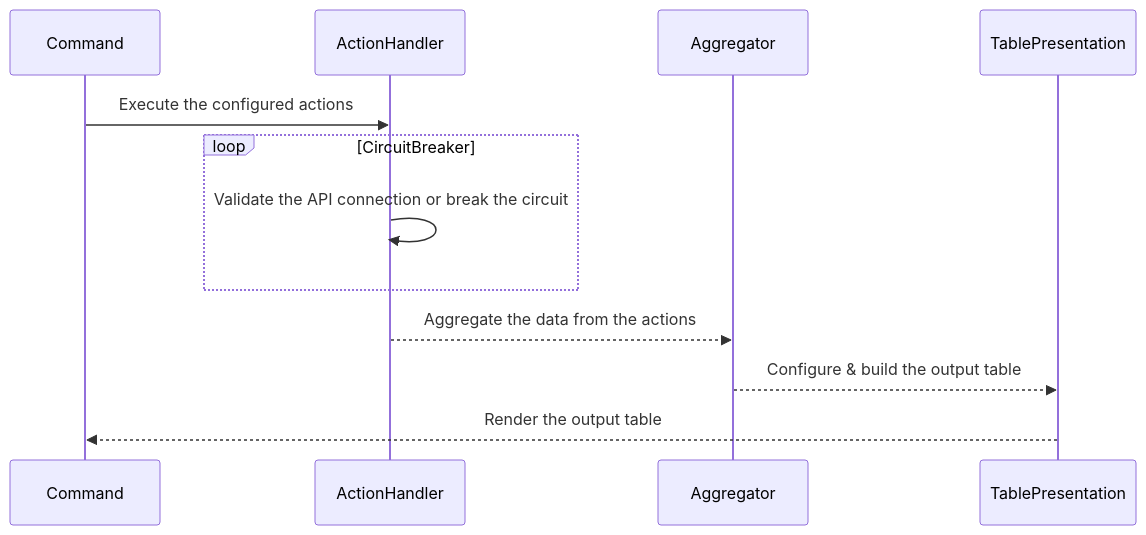
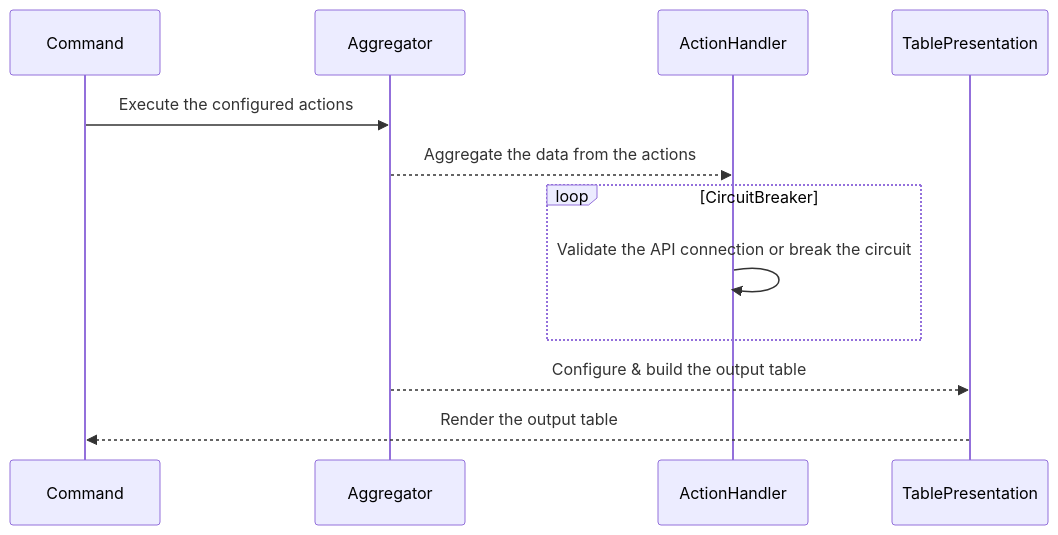
Before and after one commit to rickintveld/my_fx_book: the diagram in readme.md, drawn with Mermaid.

Commit message:
update the diagram

````diff
--- a/readme.md
+++ b/readme.md
@@ -55,10 +55,10 @@
 ```mermaid
 sequenceDiagram
-Command->>ActionHandler: Execute the configured actions
+Command->>Aggregator: Execute the configured actions
+Aggregator-->>ActionHandler: Aggregate the data from the actions
 loop CircuitBreaker
     ActionHandler->>ActionHandler: Validate the API connection or break the circuit
 end
-ActionHandler-->>Aggregator: Aggregate the data from the actions
 Aggregator-->>TablePresentation: Configure & build the output table
 TablePresentation-->>Command: Render the output table
 ```
````
